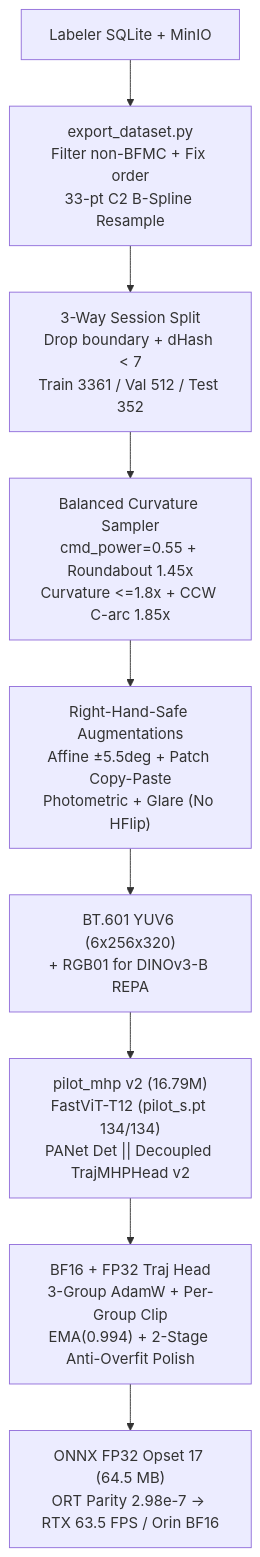
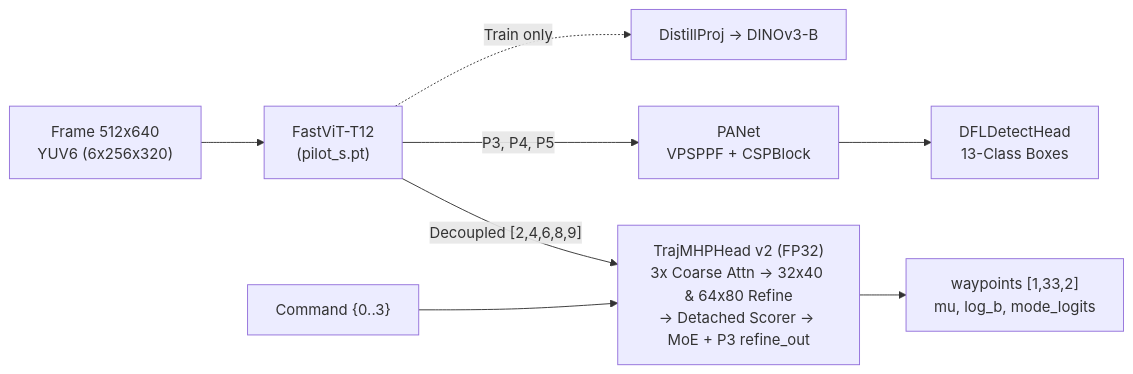
The diagram in examples/bfmc/REPORT_V2.md (vtnguyen04/neuralPilot), drawn with Mermaid before and after one commit. The commit also changed other lines of this file, not shown here.

Commit message:
docs(bfmc): tighten REPORT_V2.md to match REPORT_V1.md structure and readability

````diff
--- a/examples/bfmc/REPORT_V2.md
+++ b/examples/bfmc/REPORT_V2.md
@@ -57,11 +66,10 @@
 ```mermaid
-flowchart TB
-    DB["Labeler SQLite + MinIO"] --> EXP["export_dataset.py<br/>Filter non-BFMC + Fix order<br/>33-pt C2 B-Spline Resample"]
-    EXP --> SPLIT["3-Way Session Split<br/>Drop boundary + dHash < 7<br/>Train 3361 / Val 512 / Test 352"]
-    SPLIT --> SAMP["Balanced Curvature Sampler<br/>cmd_power=0.55 + Roundabout 1.45x<br/>Curvature <=1.8x + CCW C-arc 1.85x"]
-    SAMP --> AUG["Right-Hand-Safe Augmentations<br/>Affine ±5.5deg + Patch Copy-Paste<br/>Photometric + Glare (No HFlip)"]
-    AUG --> PRE["BT.601 YUV6 (6x256x320)<br/>+ RGB01 for DINOv3-B REPA"]
-    PRE --> NET["pilot_mhp v2 (16.79M)<br/>FastViT-T12 (pilot_s.pt 134/134)<br/>PANet Det || Decoupled TrajMHPHead v2"]
-    NET --> OPT["BF16 + FP32 Traj Head<br/>3-Group AdamW + Per-Group Clip<br/>EMA(0.994) + 2-Stage Anti-Overfit Polish"]
-    OPT --> DEPLOY["ONNX FP32 Opset 17 (64.5 MB)<br/>ORT Parity 2.98e-7 -> RTX 63.5 FPS / Orin BF16"]
+flowchart LR
+    IMG["Frame 512x640<br/>YUV6 (6x256x320)"] --> BB["FastViT-T12<br/>(pilot_s.pt)"]
+    BB -.->|"Train only"| REPA["DistillProj -> DINOv3-B"]
+    BB -->|"P3, P4, P5"| PAN["PANet<br/>VPSPPF + CSPBlock"]
+    PAN --> DET["DFLDetectHead<br/>13-Class Boxes"]
+    CMD["Command {0..3}"] --> MHP
+    BB -->|"Decoupled [2,4,6,8,9]"| MHP["TrajMHPHead v2 (FP32)<br/>3x Coarse Attn -> 32x40 & 64x80 Refine<br/>-> Detached Scorer -> MoE + P3 refine_out"]
+    MHP --> OUT["waypoints [1,33,2]<br/>mu, log_b, mode_logits"]
 ```
````
